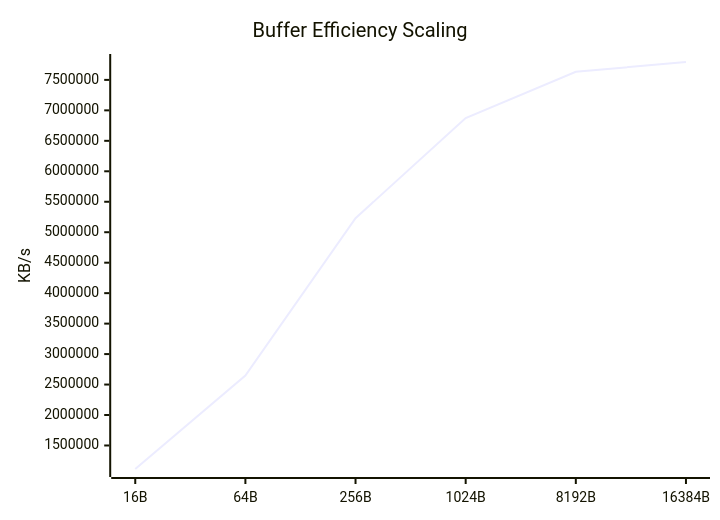
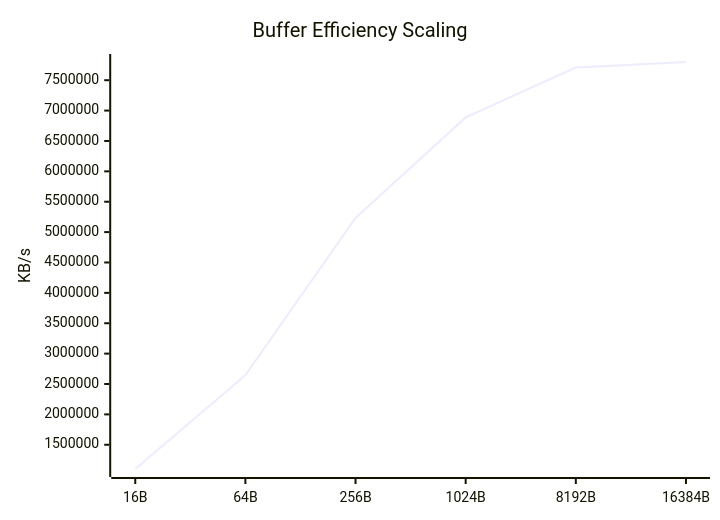
The eighth of 9 diagrams in docs/Comparison_Report.md (taha2samy/openssl_fips), drawn with Mermaid before and after one commit. The commit also changed other lines of this file and 2 other files, not shown here.

````diff
--- a/docs/Comparison_Report.md
+++ b/docs/Comparison_Report.md
@@ -118,7 +118,7 @@
 ```mermaid
 xychart-beta
     title "Buffer Efficiency Scaling"
     x-axis [16B, 64B, 256B, 1024B, 8192B, 16384B]
     y-axis "KB/s"
-    line [1114046.13, 2647712.95, 5229521.08, 6873357.62, 7633487.46, 7793583.72]
+    line [1101014.72, 2645477.57, 5231766.14, 6888037.89, 7707996.98, 7799711.33]
 ```
````
